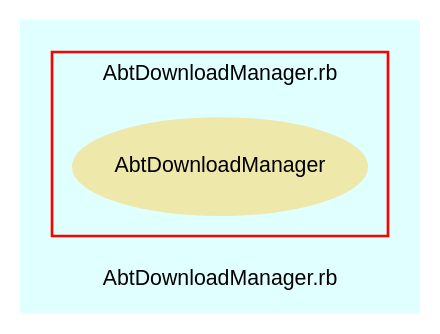
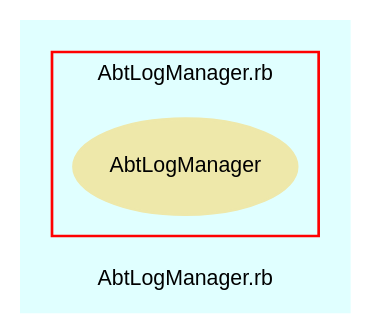
One commit to eschabell/abtlinux changed the diagram in src/trunk/doc/dot/f_2.dot. Above: the diagram before and after it, drawn with Graphviz. The commit also changed 52 other files, not shown here.

```diff
--- a/src/trunk/doc/dot/f_2.dot
+++ b/src/trunk/doc/dot/f_2.dot
@@ -1,28 +1,28 @@
 digraph TopLevel {
     compound = true
     bgcolor = lightcyan1
     fontname = Arial
     fontsize = 8
-    label = "AbtDownloadManager.rb"
+    label = "AbtLogManager.rb"
     node [
         fontname = Arial,
         fontsize = 8,
         color = black
     ]
 
     subgraph cluster_3 {
         fontname = Arial
         color = red
-        label = "AbtDownloadManager.rb"
-        AbtDownloadManager [
+        label = "AbtLogManager.rb"
+        AbtLogManager [
             fontcolor = black,
-            URL = "classes/AbtDownloadManager.html",
+            URL = "classes/AbtLogManager.html",
             shape = ellipse,
             color = palegoldenrod,
             style = filled,
-            label = "AbtDownloadManager"
+            label = "AbtLogManager"
         ]
 
     }
 
 }
```
